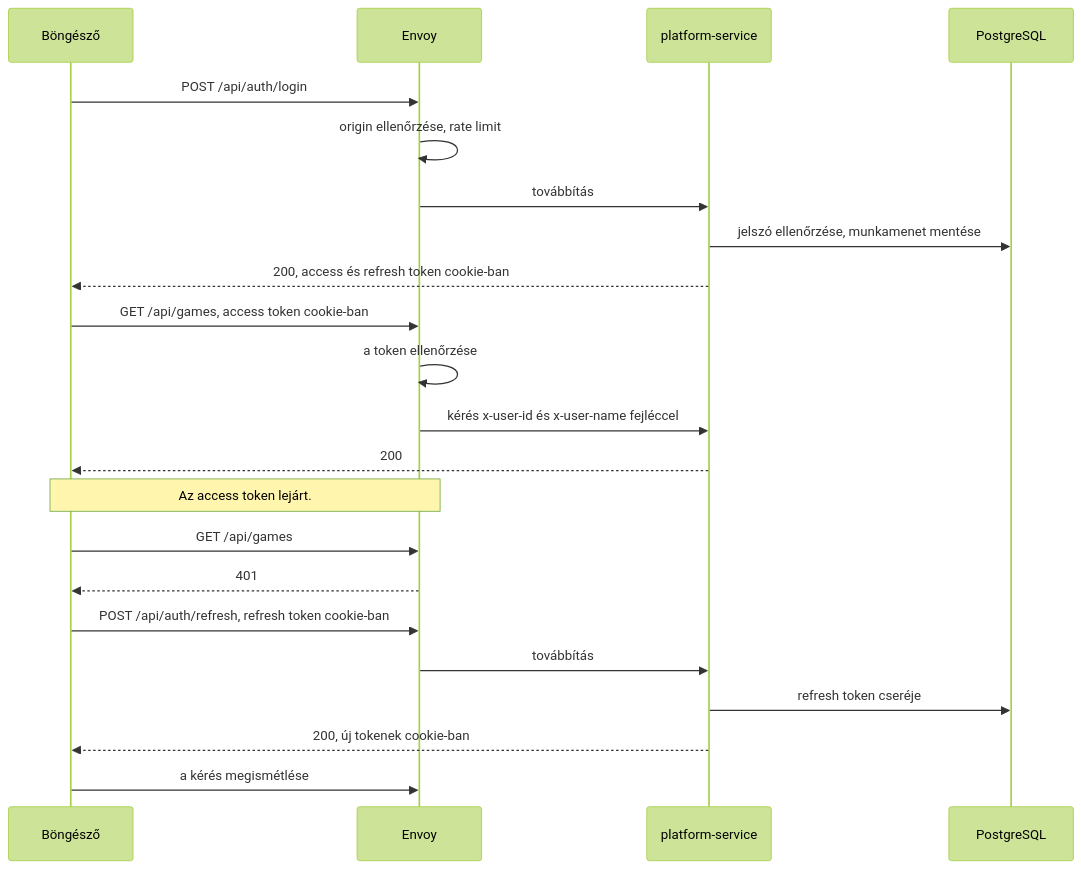
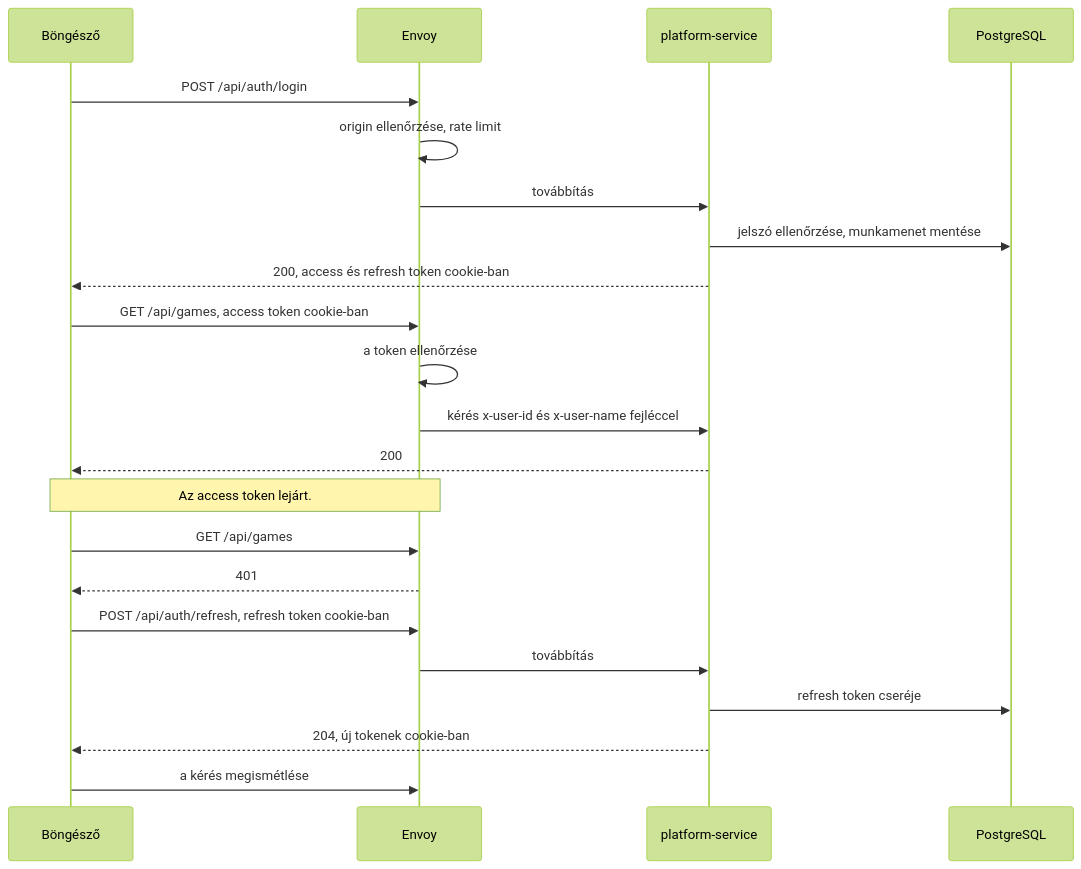
One commit to szoftarch-chess-platform/infra changed diagram 12 of 19 in docs/system-design.md. Above: the diagram before and after it, drawn with Mermaid (forest theme). The commit also changed other lines of this file, not shown here.

````diff
--- a/docs/system-design.md
+++ b/docs/system-design.md
@@ -1117,27 +1058,27 @@
 ```mermaid
 sequenceDiagram
     participant B as Böngésző
     participant E as Envoy
     participant P as platform-service
     participant DB as PostgreSQL
 
     B->>E: POST /api/auth/login
     E->>E: origin ellenőrzése, rate limit
     E->>P: továbbítás
     P->>DB: jelszó ellenőrzése, munkamenet mentése
     P-->>B: 200, access és refresh token cookie-ban
 
     B->>E: GET /api/games, access token cookie-ban
     E->>E: a token ellenőrzése
     E->>P: kérés x-user-id és x-user-name fejléccel
     P-->>B: 200
 
     Note over B,E: Az access token lejárt.
     B->>E: GET /api/games
     E-->>B: 401
     B->>E: POST /api/auth/refresh, refresh token cookie-ban
     E->>P: továbbítás
     P->>DB: refresh token cseréje
-    P-->>B: 200, új tokenek cookie-ban
+    P-->>B: 204, új tokenek cookie-ban
     B->>E: a kérés megismétlése
 ```
````
